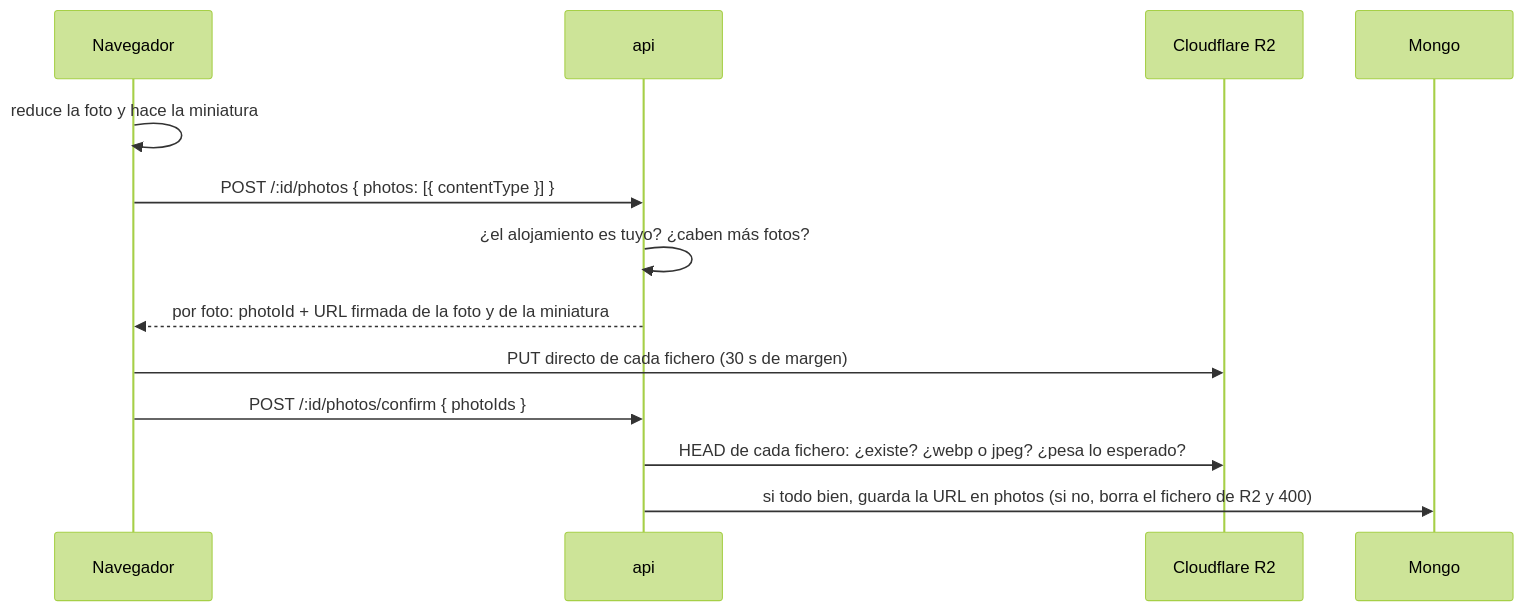
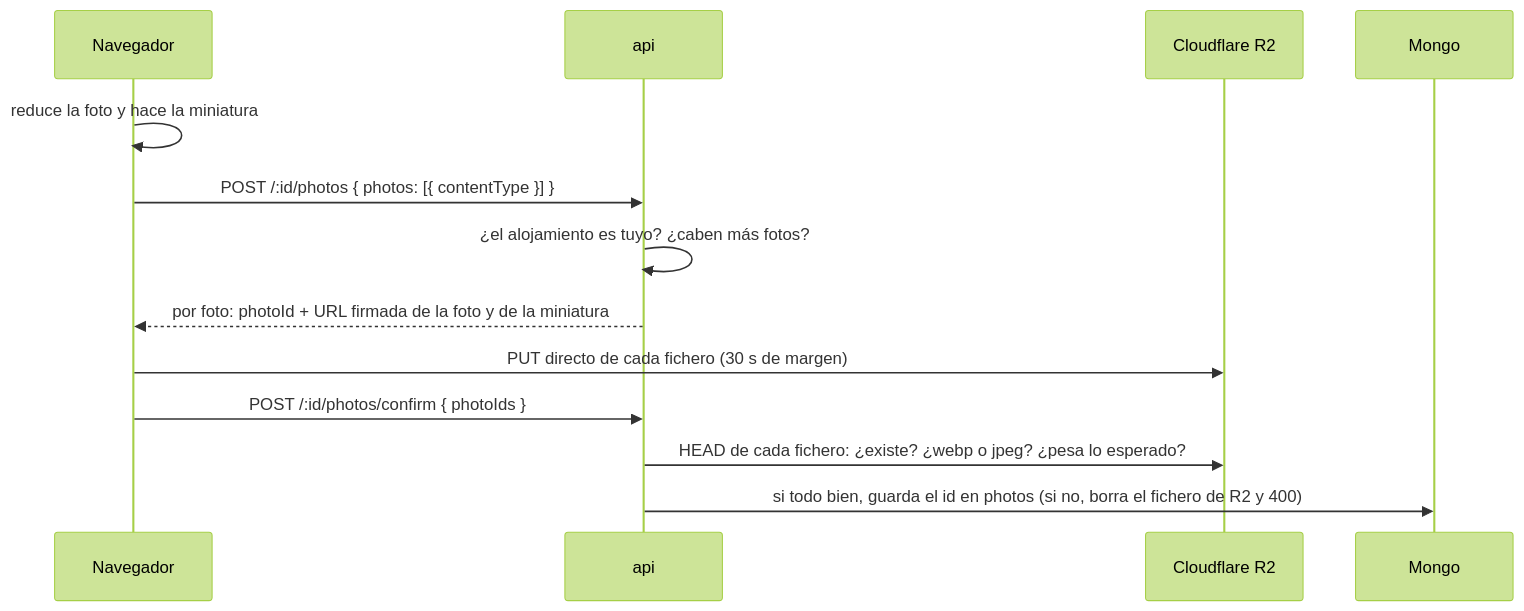
One commit to marlonbdez/micasaestuya-docs changed the diagram in Listing.md. Above: the diagram before and after it, drawn with Mermaid (forest theme). The commit also changed other lines of this file and 2 other files, not shown here.

Commit message:
docs: las fotos se guardan como id y la URL se compone al leer

````diff
--- a/Listing.md
+++ b/Listing.md
@@ -82,15 +82,15 @@
 ```mermaid
 sequenceDiagram
   participant N as Navegador
   participant A as api
   participant R as Cloudflare R2
   participant M as Mongo
   N->>N: reduce la foto y hace la miniatura
   N->>A: POST /:id/photos { photos: [{ contentType }] }
   A->>A: ¿el alojamiento es tuyo? ¿caben más fotos?
   A-->>N: por foto: photoId + URL firmada de la foto y de la miniatura
   N->>R: PUT directo de cada fichero (30 s de margen)
   N->>A: POST /:id/photos/confirm { photoIds }
   A->>R: HEAD de cada fichero: ¿existe? ¿webp o jpeg? ¿pesa lo esperado?
-  A->>M: si todo bien, guarda la URL en photos (si no, borra el fichero de R2 y 400)
+  A->>M: si todo bien, guarda el id en photos (si no, borra el fichero de R2 y 400)
 ```
````
